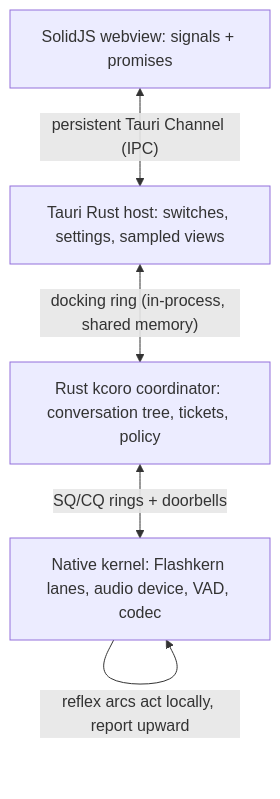
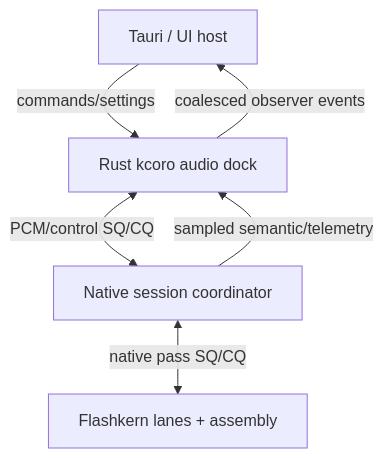
One commit to SolaceHarmony/emberharmony changed the diagram in specs/11-kcoro-native-migration/13-coordination-contract.md. Above: the diagram before and after it, drawn with Mermaid. The commit also changed other lines of this file and 36 other files, not shown here.

````diff
--- a/specs/11-kcoro-native-migration/13-coordination-contract.md
+++ b/specs/11-kcoro-native-migration/13-coordination-contract.md
@@ -142,12 +14,13 @@
 ```mermaid
 flowchart TB
-    Webview["SolidJS webview: signals + promises"]
-    Host["Tauri Rust host: switches, settings, sampled views"]
-    Coord["Rust kcoro coordinator: conversation tree, tickets, policy"]
-    Kernel["Native kernel: Flashkern lanes, audio device, VAD, codec"]
+    Tauri["Tauri / UI host"]
+    Rust["Rust kcoro audio dock"]
+    Native["Native session coordinator"]
+    Kernel["Flashkern lanes + assembly"]
 
-    Webview <-->|"persistent Tauri Channel (IPC)"| Host
-    Host <-->|"docking ring (in-process, shared memory)"| Coord
-    Coord <-->|"SQ/CQ rings + doorbells"| Kernel
-    Kernel -->|"reflex arcs act locally, report upward"| Kernel
+    Tauri -->|"commands/settings"| Rust
+    Rust <-->|"PCM/control SQ/CQ"| Native
+    Native <-->|"native pass SQ/CQ"| Kernel
+    Native -->|"sampled semantic/telemetry"| Rust
+    Rust -->|"coalesced observer events"| Tauri
 ```
````
